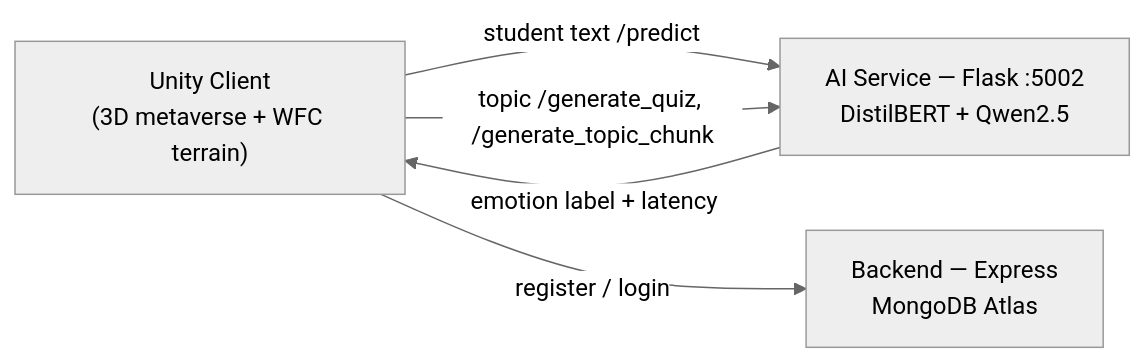
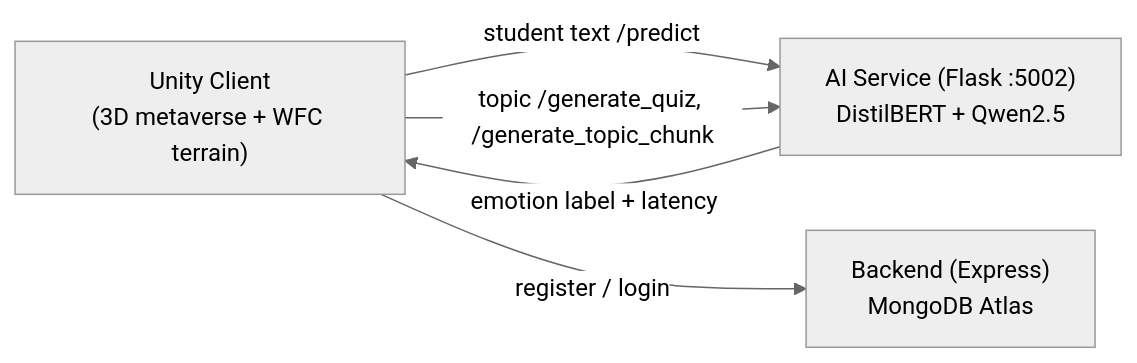
Before and after one commit to Exalt24/MAGSEL: the diagram in README.md, drawn with Mermaid (neutral theme). The commit also changed other lines of this file, not shown here.

````diff
--- a/README.md
+++ b/README.md
@@ -26,10 +26,10 @@
 ```mermaid
 flowchart LR
     U["Unity Client<br/>(3D metaverse + WFC terrain)"]
-    A["AI Service — Flask :5002<br/>DistilBERT + Qwen2.5"]
-    B["Backend — Express<br/>MongoDB Atlas"]
+    A["AI Service (Flask :5002)<br/>DistilBERT + Qwen2.5"]
+    B["Backend (Express)<br/>MongoDB Atlas"]
     U -- "student text /predict" --> A
     A -- "emotion label + latency" --> U
     U -- "topic /generate_quiz, /generate_topic_chunk" --> A
     U -- "register / login" --> B
 ```
````
